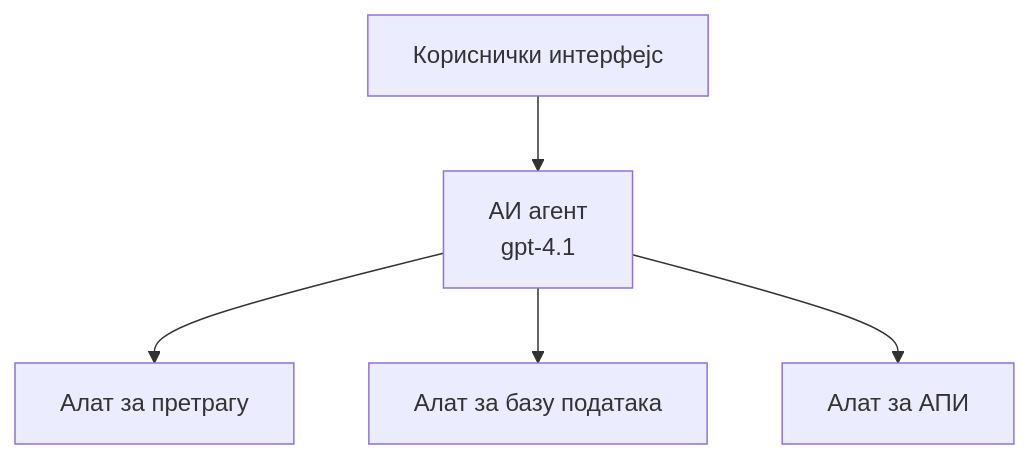
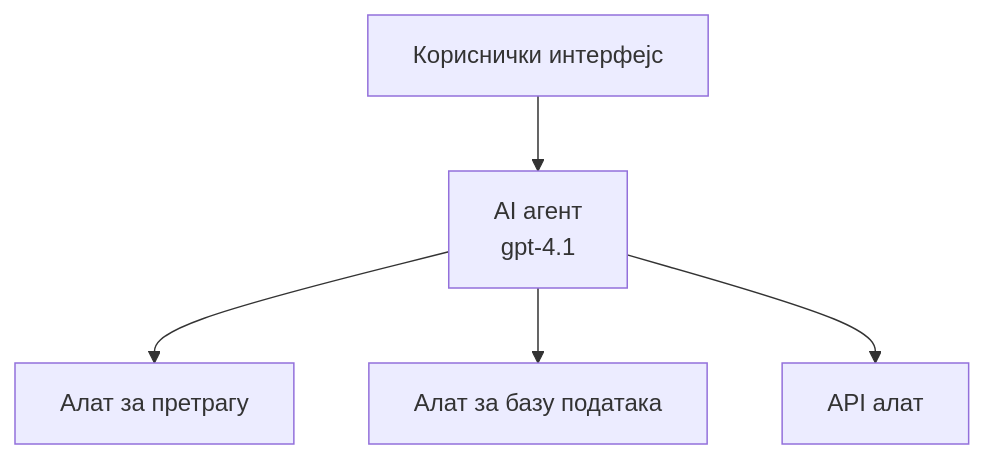
The first of 3 diagrams in translations/sr/docs/chapter-02-ai-development/agents.md (microsoft/AZD-for-beginners), drawn with Mermaid before and after one commit. The commit also changed other lines of this file and 60 other files, not shown here.

````diff
--- a/translations/sr/docs/chapter-02-ai-development/agents.md
+++ b/translations/sr/docs/chapter-02-ai-development/agents.md
@@ -162,7 +162,7 @@
 ```mermaid
 graph TD
-    UI[Кориснички интерфејс] --> Agent[АИ агент<br/>gpt-4.1]
+    UI[Кориснички интерфејс] --> Agent[AI агент<br/>gpt-4.1]
     Agent --> Search[Алат за претрагу]
     Agent --> Database[Алат за базу података]
-    Agent --> API[Алат за АПИ]
+    Agent --> API[API алат]
 ```
````
